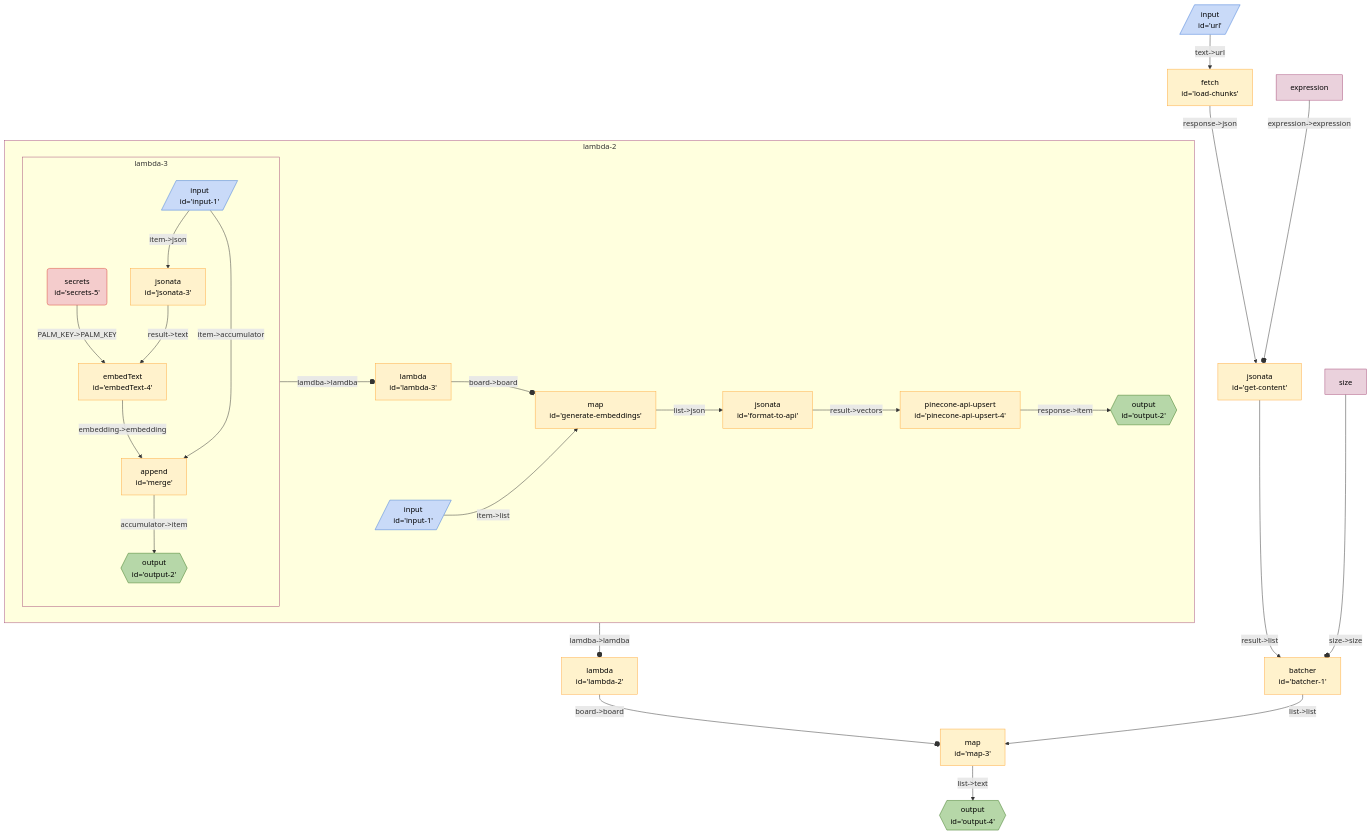
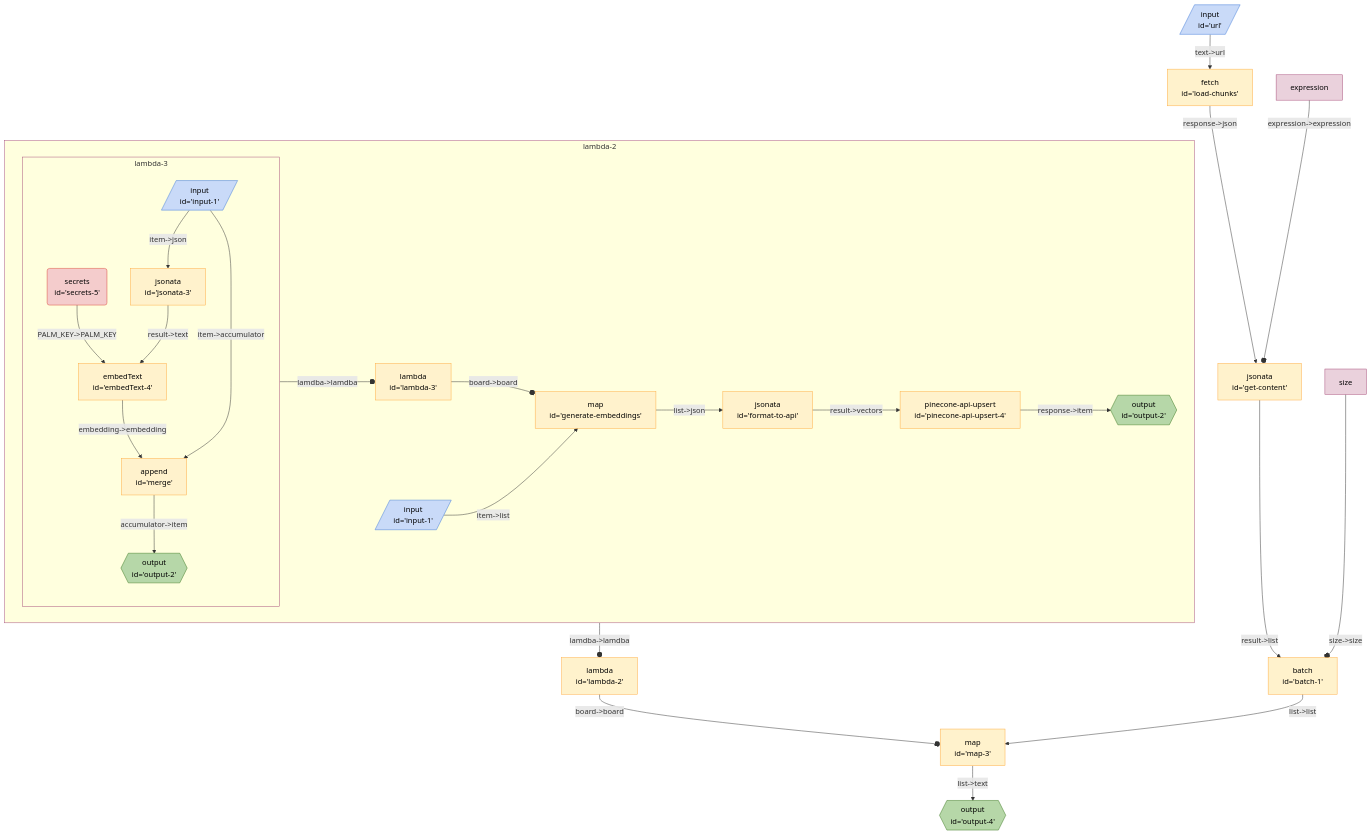
The diagram in seeds/graph-playground/docs/graphs/pinecone-load.md (breadboard-ai/breadboard), drawn with Mermaid before and after one commit. The commit also changed 6 other files, not shown here.

````diff
--- a/seeds/graph-playground/docs/graphs/pinecone-load.md
+++ b/seeds/graph-playground/docs/graphs/pinecone-load.md
@@ -5,44 +5,44 @@
   ```mermaid
   %%{init: 'themeVariables': { 'fontFamily': 'Fira Code, monospace' }}%%
 graph TD;
 lambda2["lambda <br> id='lambda-2'"] -- "board->board" --o map3["map <br> id='map-3'"]
 subgraph sg_lambda2 [lambda-2]
 lambda2_lambda3["lambda <br> id='lambda-3'"] -- "board->board" --o lambda2_generateembeddings["map <br> id='generate-embeddings'"]
 subgraph sg_lambda3 [lambda-3]
 lambda2_lambda3_embedText4["embedText <br> id='embedText-4'"] -- "embedding->embedding" --> lambda2_lambda3_merge["append <br> id='merge'"]
 lambda2_lambda3_secrets5("secrets <br> id='secrets-5'"):::secrets -- "PALM_KEY->PALM_KEY" --> lambda2_lambda3_embedText4["embedText <br> id='embedText-4'"]
 lambda2_lambda3_jsonata3["jsonata <br> id='jsonata-3'"] -- "result->text" --> lambda2_lambda3_embedText4["embedText <br> id='embedText-4'"]
 lambda2_lambda3_input1[/"input <br> id='input-1'"/]:::input -- "item->json" --> lambda2_lambda3_jsonata3["jsonata <br> id='jsonata-3'"]
 lambda2_lambda3_merge["append <br> id='merge'"] -- "accumulator->item" --> lambda2_lambda3_output2{{"output <br> id='output-2'"}}:::output
 lambda2_lambda3_input1[/"input <br> id='input-1'"/]:::input -- "item->accumulator" --> lambda2_lambda3_merge["append <br> id='merge'"]
 
 
 end
 sg_lambda3:::slotted -- "lamdba->lamdba" --o lambda2_lambda3
 
 lambda2_pineconeapiupsert4["pinecone-api-upsert <br> id='pinecone-api-upsert-4'"] -- "response->item" --> lambda2_output2{{"output <br> id='output-2'"}}:::output
 lambda2_formattoapi["jsonata <br> id='format-to-api'"] -- "result->vectors" --> lambda2_pineconeapiupsert4["pinecone-api-upsert <br> id='pinecone-api-upsert-4'"]
 lambda2_generateembeddings["map <br> id='generate-embeddings'"] -- "list->json" --> lambda2_formattoapi["jsonata <br> id='format-to-api'"]
 lambda2_input1[/"input <br> id='input-1'"/]:::input -- "item->list" --> lambda2_generateembeddings["map <br> id='generate-embeddings'"]
 
 
 end
 sg_lambda2:::slotted -- "lamdba->lamdba" --o lambda2
 
 map3["map <br> id='map-3'"] -- "list->text" --> output4{{"output <br> id='output-4'"}}:::output
-batcher1["batcher <br> id='batcher-1'"] -- "list->list" --> map3["map <br> id='map-3'"]
-getcontent["jsonata <br> id='get-content'"] -- "result->list" --> batcher1["batcher <br> id='batcher-1'"]
+batch1["batch <br> id='batch-1'"] -- "list->list" --> map3["map <br> id='map-3'"]
+getcontent["jsonata <br> id='get-content'"] -- "result->list" --> batch1["batch <br> id='batch-1'"]
 loadchunks["fetch <br> id='load-chunks'"] -- "response->json" --> getcontent["jsonata <br> id='get-content'"]
 url[/"input <br> id='url'"/]:::input -- "text->url" --> loadchunks["fetch <br> id='load-chunks'"]
 expressiongetcontent[expression]:::config -- "expression->expression" --o getcontent
-sizebatcher1[size]:::config -- "size->size" --o batcher1
+sizebatch1[size]:::config -- "size->size" --o batch1
 
 classDef default stroke:#ffab40,fill:#fff2ccff,color:#000
 classDef input stroke:#3c78d8,fill:#c9daf8ff,color:#000
 classDef output stroke:#38761d,fill:#b6d7a8ff,color:#000
 classDef passthrough stroke:#a64d79,fill:#ead1dcff,color:#000
 classDef slot stroke:#a64d79,fill:#ead1dcff,color:#000
 classDef config stroke:#a64d79,fill:#ead1dcff,color:#000
 classDef secrets stroke:#db4437,fill:#f4cccc,color:#000
 classDef slotted stroke:#a64d79
   ```
````
